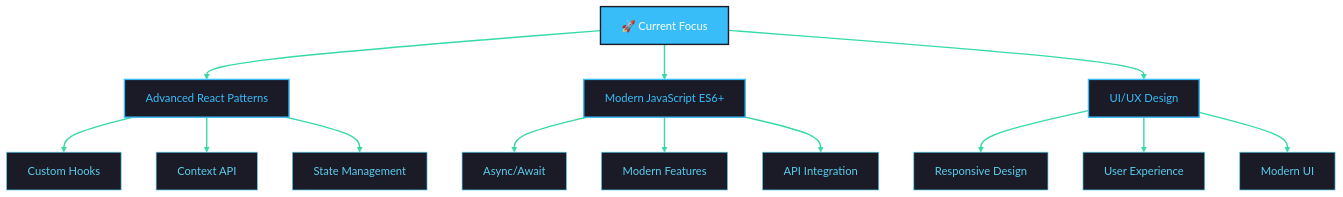
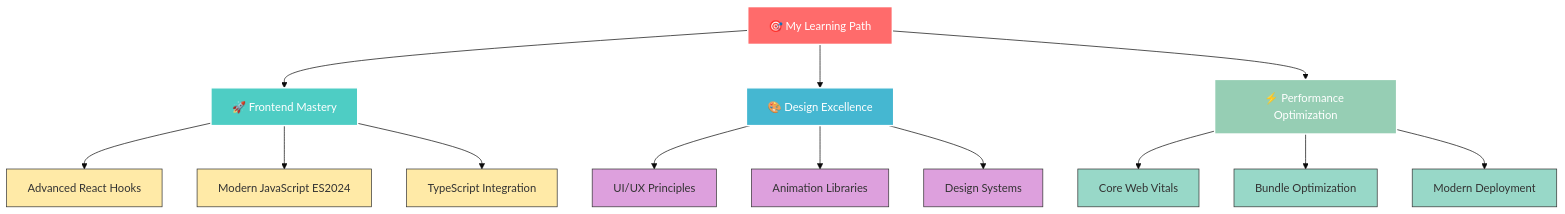
Before and after one commit to ibrahim-ahmed26/ibrahim-ahmed26: the diagram in README.md, drawn with Mermaid (base theme). The commit also changed other lines of this file, not shown here.

````diff
--- a/README.md
+++ b/README.md
@@ -158,33 +127,32 @@
 ```mermaid
 graph TD
-    A[🚀 Current Focus] --> B[Advanced React Patterns]
-    A --> C[Modern JavaScript ES6+]
-    A --> D[UI/UX Design]
+    A[🎯 My Learning Path] --> B[🚀 Frontend Mastery]
+    A --> C[🎨 Design Excellence]
+    A --> D[⚡ Performance Optimization]
 
-    B --> E[Custom Hooks]
-    B --> F[Context API]
-    B --> G[State Management]
+    B --> E[Advanced React Hooks]
+    B --> F[Modern JavaScript ES2024]
+    B --> G[TypeScript Integration]
 
-    C --> H[Async/Await]
-    C --> I[Modern Features]
-    C --> J[API Integration]
+    C --> H[UI/UX Principles]
+    C --> I[Animation Libraries]
+    C --> J[Design Systems]
 
-    D --> K[Responsive Design]
-    D --> L[User Experience]
-    D --> M[Modern UI]
+    D --> K[Core Web Vitals]
+    D --> L[Bundle Optimization]
+    D --> M[Modern Deployment]
 
-    style A fill:#38BDF8,stroke:#1a1b27,stroke-width:2px,color:#ffffff
-    style B fill:#1a1b27,stroke:#38BDF8,stroke-width:2px,color:#38BDF8
-    style C fill:#1a1b27,stroke:#38BDF8,stroke-width:2px,color:#38BDF8
-    style D fill:#1a1b27,stroke:#38BDF8,stroke-width:2px,color:#38BDF8
-    style E fill:#1a1b27,stroke:#5bcdec,stroke-width:1px,color:#5bcdec
-    style F fill:#1a1b27,stroke:#5bcdec,stroke-width:1px,color:#5bcdec
-    style G fill:#1a1b27,stroke:#5bcdec,stroke-width:1px,color:#5bcdec
-    style H fill:#1a1b27,stroke:#5bcdec,stroke-width:1px,color:#5bcdec
-    style I fill:#1a1b27,stroke:#5bcdec,stroke-width:1px,color:#5bcdec
-    style J fill:#1a1b27,stroke:#5bcdec,stroke-width:1px,color:#5bcdec
-    style K fill:#1a1b27,stroke:#5bcdec,stroke-width:1px,color:#5bcdec
-    style L fill:#1a1b27,stroke:#5bcdec,stroke-width:1px,color:#5bcdec
-    style M fill:#1a1b27,stroke:#5bcdec,stroke-width:1px,color:#5bcdec
-    linkStyle default stroke:#38d9a9,stroke-width:2px,transition:0.3s
+    style A fill:#FF6B6B,stroke:#fff,stroke-width:2px,color:#fff
+    style B fill:#4ECDC4,stroke:#fff,stroke-width:2px,color:#fff
+    style C fill:#45B7D1,stroke:#fff,stroke-width:2px,color:#fff
+    style D fill:#96CEB4,stroke:#fff,stroke-width:2px,color:#fff
+    style E fill:#FFEAA7,stroke:#333,stroke-width:1px,color:#333
+    style F fill:#FFEAA7,stroke:#333,stroke-width:1px,color:#333
+    style G fill:#FFEAA7,stroke:#333,stroke-width:1px,color:#333
+    style H fill:#DDA0DD,stroke:#333,stroke-width:1px,color:#333
+    style I fill:#DDA0DD,stroke:#333,stroke-width:1px,color:#333
+    style J fill:#DDA0DD,stroke:#333,stroke-width:1px,color:#333
+    style K fill:#98D8C8,stroke:#333,stroke-width:1px,color:#333
+    style L fill:#98D8C8,stroke:#333,stroke-width:1px,color:#333
+    style M fill:#98D8C8,stroke:#333,stroke-width:1px,color:#333
 ```
````
